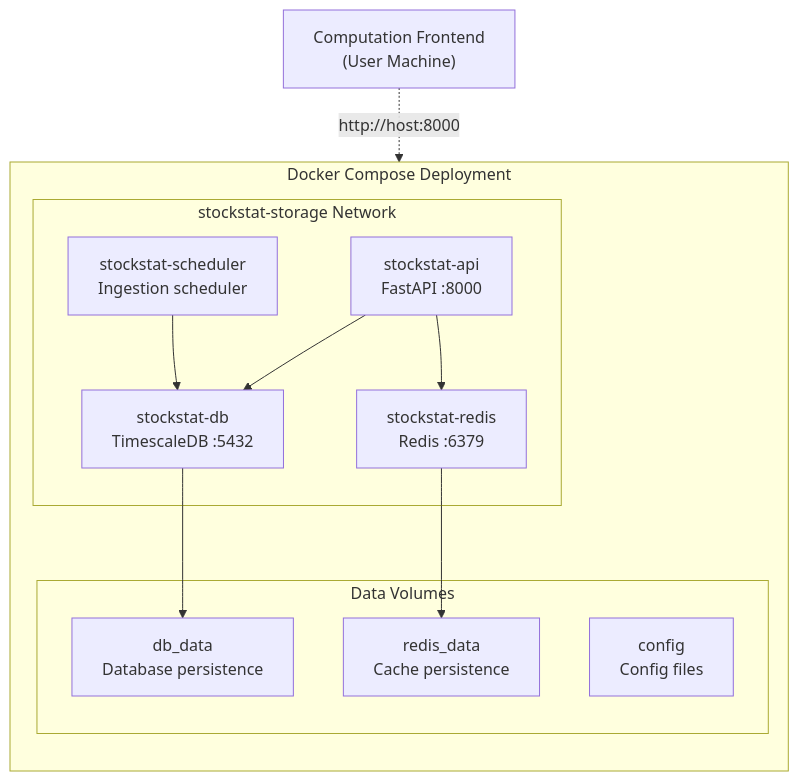
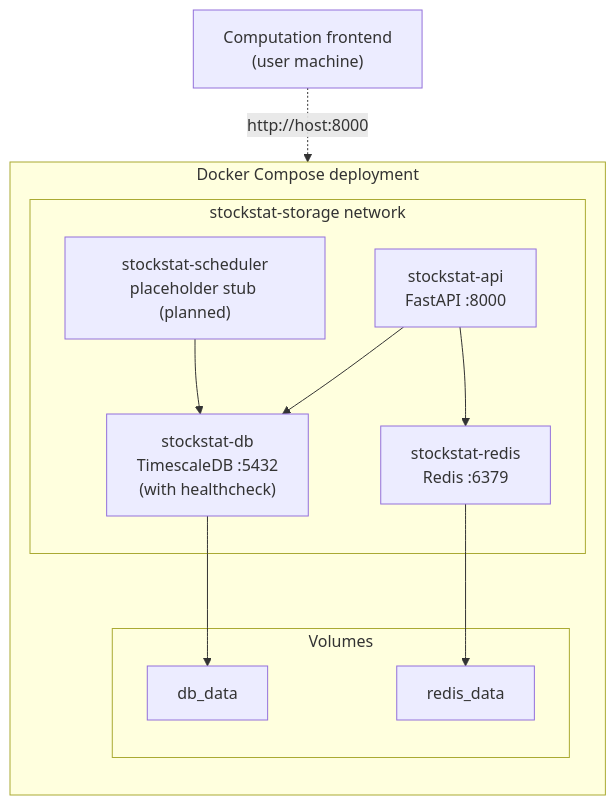
Before and after one commit to RESBI/StockStatistic: diagram 19 of 23 in DESIGN.md, drawn with Mermaid. The commit also changed other lines of this file and 12 other files, not shown here.

````diff
--- a/DESIGN.md
+++ b/DESIGN.md
@@ -1462,27 +1525,26 @@
 ```mermaid
 graph TB
-    subgraph "Docker Compose Deployment"
+    subgraph "Docker Compose deployment"
         direction TB
-        
-        subgraph "stockstat-storage Network"
+
+        subgraph "stockstat-storage network"
             API_C["stockstat-api<br/>FastAPI :8000"]
-            DB_C["stockstat-db<br/>TimescaleDB :5432"]
+            DB_C["stockstat-db<br/>TimescaleDB :5432<br/>(with healthcheck)"]
             REDIS_C["stockstat-redis<br/>Redis :6379"]
-            SCHED_C["stockstat-scheduler<br/>Ingestion scheduler"]
+            SCHED_C["stockstat-scheduler<br/>placeholder stub (planned)"]
         end
-        
-        subgraph "Data Volumes"
-            V1["db_data<br/>Database persistence"]
-            V2["redis_data<br/>Cache persistence"]
-            V3["config<br/>Config files"]
+
+        subgraph "Volumes"
+            V1["db_data"]
+            V2["redis_data"]
         end
-        
+
         API_C --> DB_C
         API_C --> REDIS_C
         SCHED_C --> DB_C
         DB_C --> V1
         REDIS_C --> V2
     end
-    
-    USER["Computation Frontend<br/>(User Machine)"] -.->|"http://host:8000"| API_C
+
+    USER["Computation frontend<br/>(user machine)"] -.->|"http://host:8000"| API_C
 ```
````
